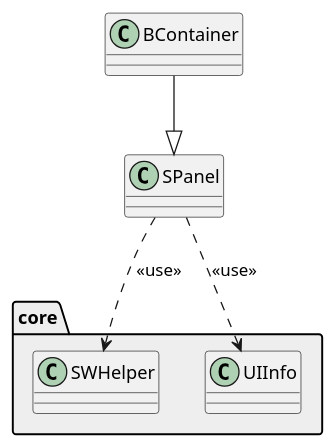
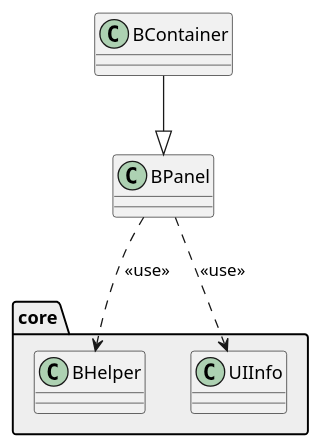
One commit to dynms1337/uBUI changed the diagram in uBUI_ClassDiagram.puml. Above: the diagram before and after it, drawn with PlantUML. The commit also changed 2 other files, not shown here.

Commit message:
クラス図修正、Readmeに追記

```diff
--- a/uBUI_ClassDiagram.puml
+++ b/uBUI_ClassDiagram.puml
@@ -3,14 +3,14 @@
 @startuml
 
 package "core" #eee{
-    class SWHelper
+    class BHelper
     class UIInfo
 }
 
-SPanel ..> SWHelper : <<use>>
-SPanel ..> UIInfo : <<use>>
-BContainer --|> SPanel
+BPanel ..> BHelper : <<use>>
+BPanel ..> UIInfo : <<use>>
+BContainer --|> BPanel
 
 
 
 @enduml
```
